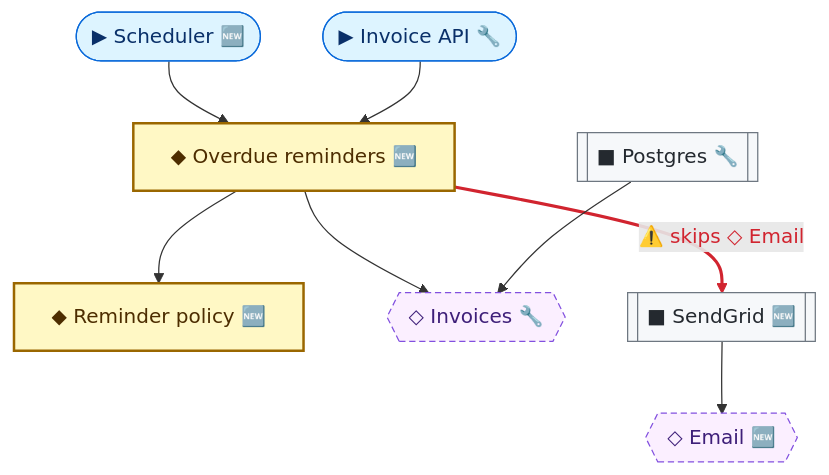
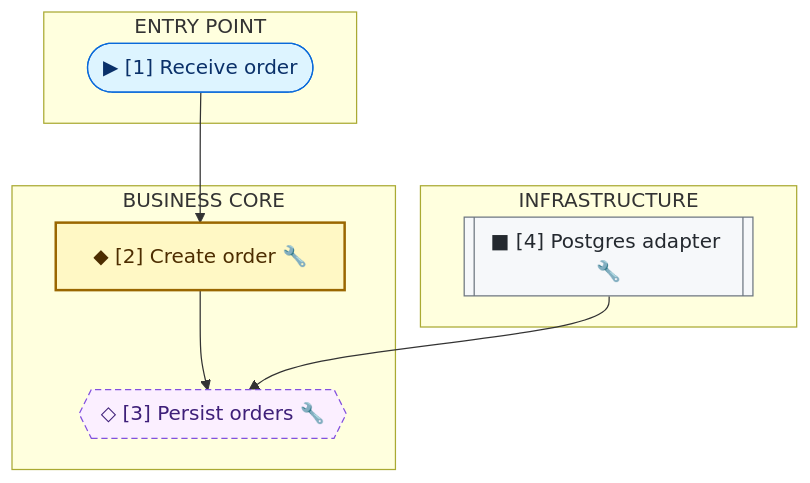
One commit to tiagoornelas/ai-skills changed the diagram in skills/visualize-it/references/module-map.md. Above: the diagram before and after it, drawn with Mermaid. The commit also changed other lines of this file and 8 other files, not shown here.

````diff
--- a/skills/visualize-it/references/module-map.md
+++ b/skills/visualize-it/references/module-map.md
@@ -52,23 +42,20 @@
 ```mermaid
 graph TD
-  S(["▶ Scheduler 🆕"]):::entry
-  A(["▶ Invoice API 🔧"]):::entry
-  R["◆ Overdue reminders 🆕"]:::domain
-  P["◆ Reminder policy 🆕"]:::domain
-  I{{"◇ Invoices 🔧"}}:::port
-  E{{"◇ Email 🆕"}}:::port
-  PG[["■ Postgres 🔧"]]:::infra
-  SG[["■ SendGrid 🆕"]]:::infra
-  S --> R
+  subgraph ENTRY["ENTRY POINT"]
+    A(["▶ [1] Receive order"]):::entry
+  end
+  subgraph CORE["BUSINESS CORE"]
+    R["◆ [2] Create order 🔧"]:::domain
+    P{{"◇ [3] Persist orders 🔧"}}:::port
+    R --> P
+  end
+  subgraph INFRA["INFRASTRUCTURE"]
+    PG[["■ [4] Postgres adapter 🔧"]]:::infra
+  end
   A --> R
-  R --> P
-  R --> I
-  R -->|"⚠️ skips ◇ Email"| SG
-  PG --> I
-  SG --> E
-  linkStyle 4 stroke:#d1242f,stroke-width:2.5px,color:#d1242f
+  PG --> P
   classDef entry fill:#ddf4ff,stroke:#0969da,color:#0a3069
   classDef domain fill:#fff8c5,stroke:#9a6700,color:#4d2d00,stroke-width:2px
   classDef port fill:#fbefff,stroke:#8250df,color:#3e1f79,stroke-dasharray:5 3
   classDef infra fill:#f6f8fa,stroke:#6e7781,color:#24292f
 ```
````
